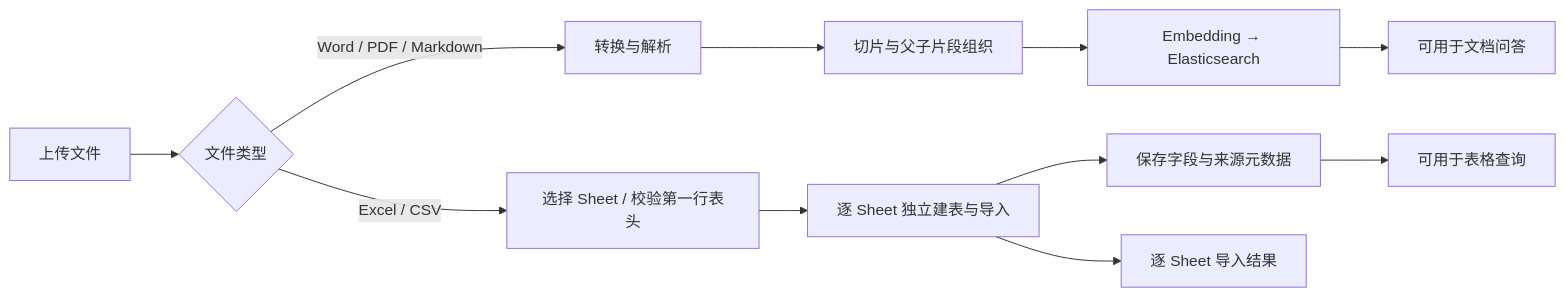
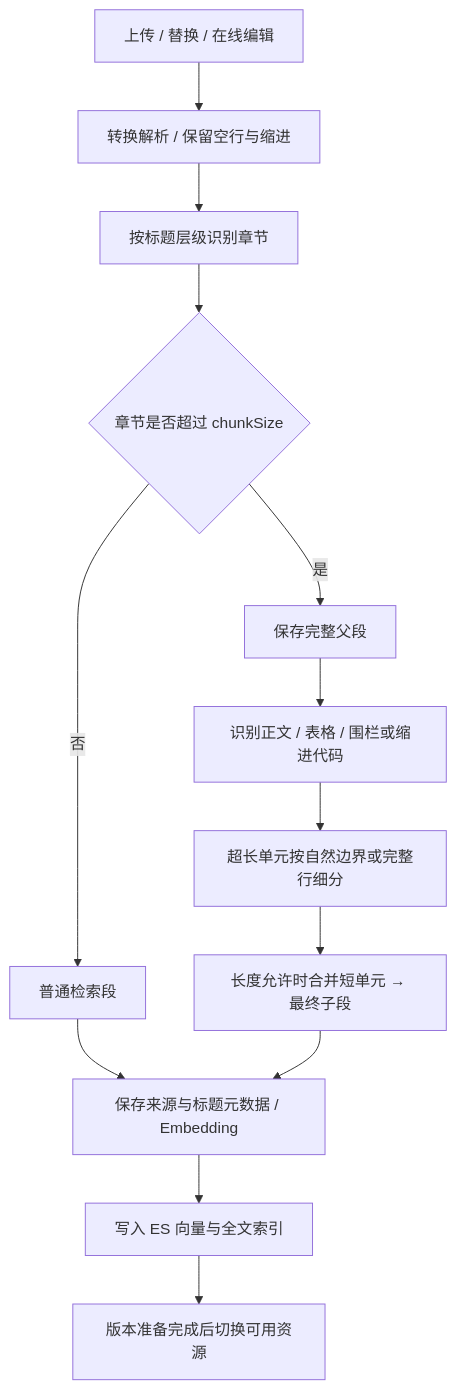
The third of 7 diagrams in README.md (Yancyxiao/MES-MOM), drawn with Mermaid before and after one commit. The commit also changed other lines of this file and 6 other files, not shown here.

Commit message:
Refresh project showcase with current architecture and FAQ workflows

````diff
--- a/README.md
+++ b/README.md
@@ -170,13 +236,15 @@
 ```mermaid
-flowchart LR
-    A[上传文件] --> B{文件类型}
-    B -->|Word / PDF / Markdown| C[转换与解析]
-    C --> D[切片与父子片段组织]
-    D --> E[Embedding → Elasticsearch]
-    B -->|Excel / CSV| F[选择 Sheet / 校验第一行表头]
-    F --> G[逐 Sheet 独立建表与导入]
-    G --> H[保存字段与来源元数据]
-    G --> I[逐 Sheet 导入结果]
-    E --> J[可用于文档问答]
-    H --> K[可用于表格查询]
+flowchart TD
+    A["上传 / 替换 / 在线编辑"] --> B["转换解析 / 保留空行与缩进"]
+    B --> C["按标题层级识别章节"]
+    C --> D{"章节是否超过 chunkSize"}
+    D -->|否| E["普通检索段"]
+    D -->|是| F["保存完整父段"]
+    F --> G["识别正文 / 表格 / 围栏或缩进代码"]
+    G --> H["超长单元按自然边界或完整行细分"]
+    H --> I["长度允许时合并短单元 → 最终子段"]
+    E --> J["保存来源与标题元数据 / Embedding"]
+    I --> J
+    J --> K["写入 ES 向量与全文索引"]
+    K --> L["版本准备完成后切换可用资源"]
 ```
````
